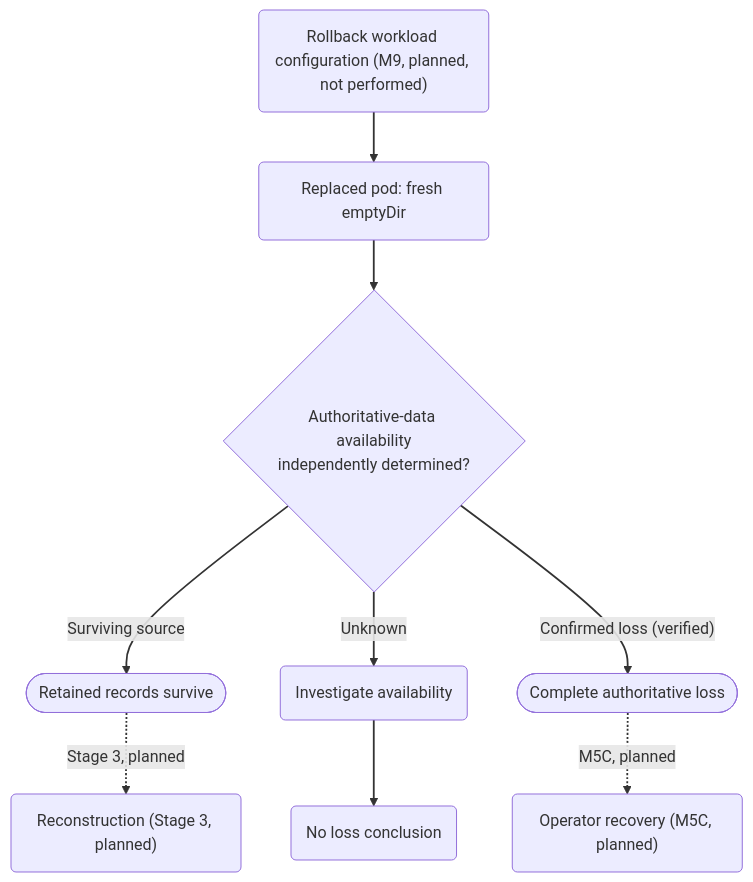
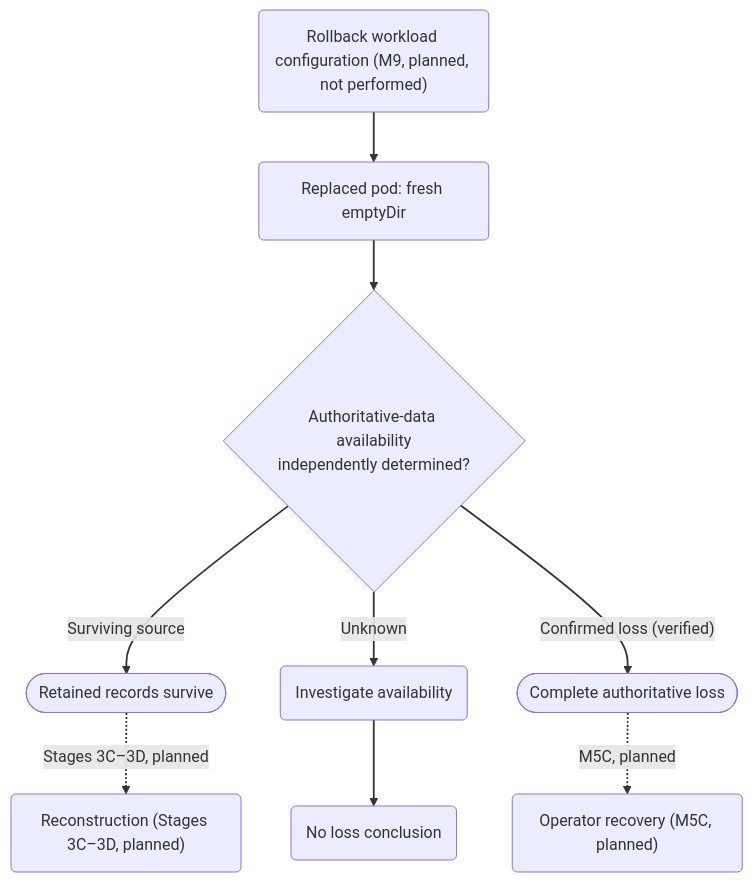
The diagram in docs/diagrams/concept-gitops-rollback.mmd (hirebrianm/gossipgrid), drawn with Mermaid before and after one commit. The commit also changed 34 other files, not shown here.

```diff
--- a/docs/diagrams/concept-gitops-rollback.mmd
+++ b/docs/diagrams/concept-gitops-rollback.mmd
@@ -1,22 +1,22 @@
 flowchart TB
   RB("Rollback workload configuration (M9, planned, not performed)")
   POD("Replaced pod: fresh emptyDir")
   DATA{"Authoritative-data availability<br/>independently determined?"}
   RB --> POD --> DATA
   DATA -->|Surviving source| SURV(["Retained records survive"])
   DATA -->|Unknown| UNKNOWN("Investigate availability")
   DATA -->|"Confirmed loss (verified)"| LOST(["Complete authoritative loss"])
-  SURV -.->|Stage 3, planned| REBUILD("Reconstruction (Stage 3, planned)")
+  SURV -.->|Stages 3C–3D, planned| REBUILD("Reconstruction (Stages 3C–3D, planned)")
   UNKNOWN --> WAIT("No loss conclusion")
   LOST -.->|M5C, planned| RECOVERY("Operator recovery (M5C, planned)")
 
   class RB planned
   class POD new
   class DATA state
   class SURV recover
   class UNKNOWN new
   class LOST lost
   class REBUILD planned
   class WAIT new
   class RECOVERY planned
   linkStyle default stroke-width:1.8px
```
